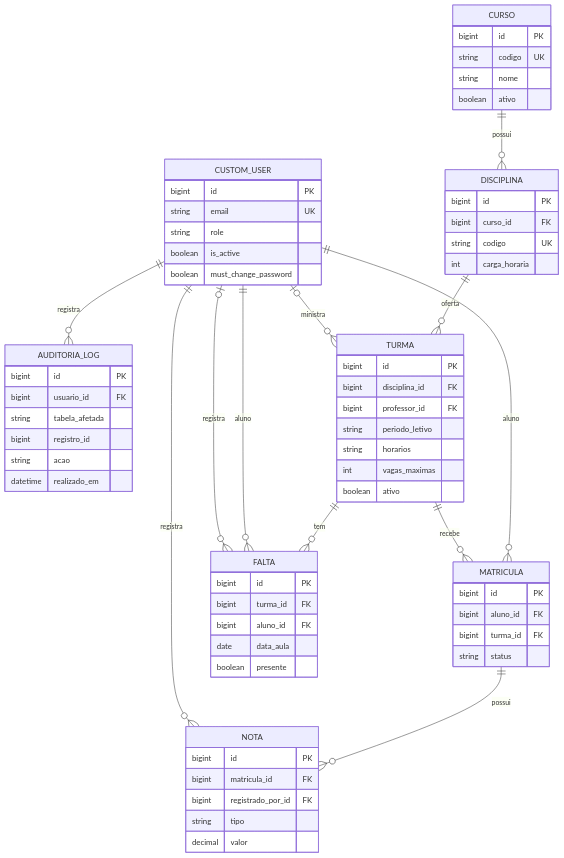
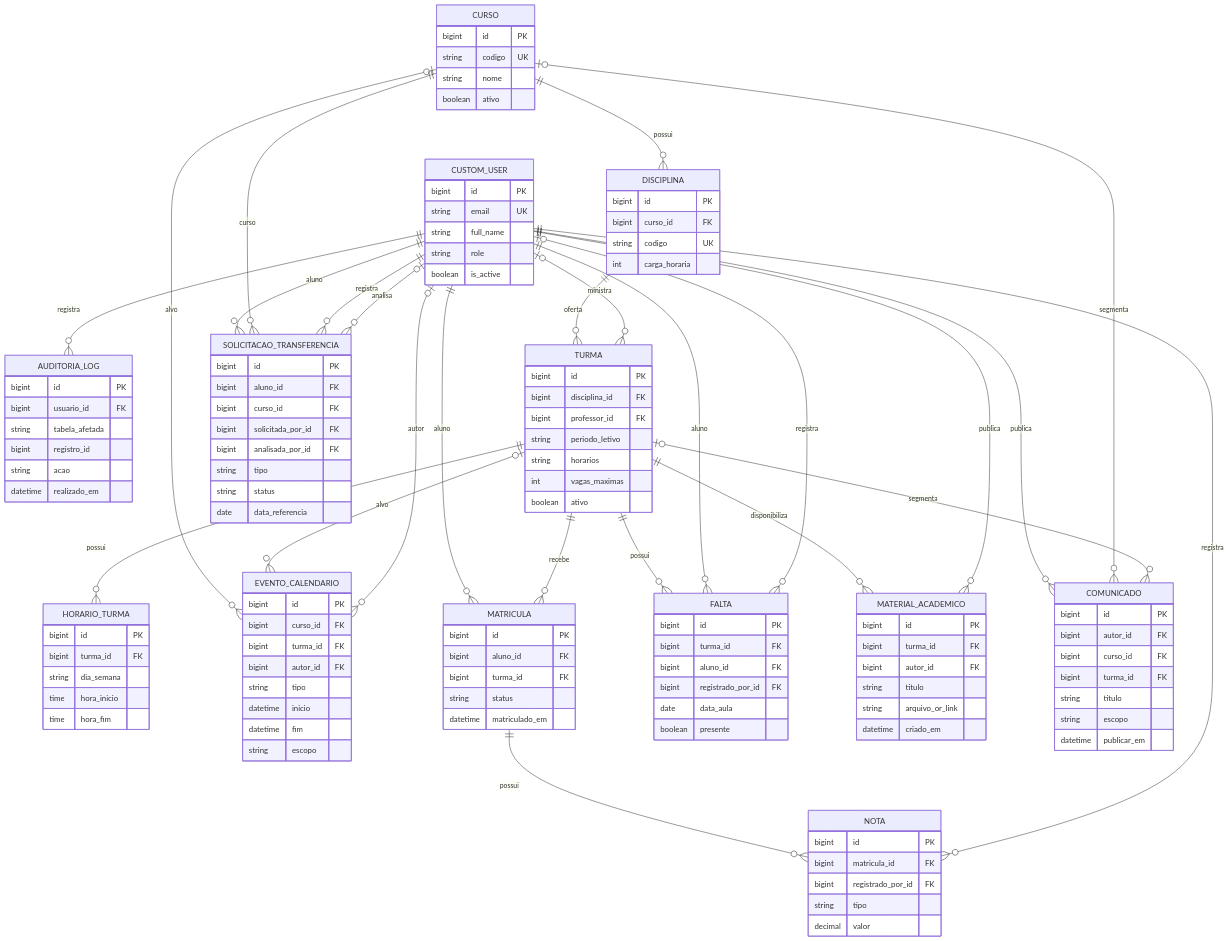
One commit to joao-luizzz/SGA changed the diagram in docs/SGA-04-MODELAGEM-DADOS.md. Above: the diagram before and after it, drawn with Mermaid. The commit also changed other lines of this file, not shown here.

Commit message:
docs: atualiza MER para modelo atual

````diff
--- a/docs/SGA-04-MODELAGEM-DADOS.md
+++ b/docs/SGA-04-MODELAGEM-DADOS.md
@@ -28,71 +33,41 @@
 ```mermaid
 erDiagram
     CUSTOM_USER ||--o{ AUDITORIA_LOG : registra
     CURSO ||--o{ DISCIPLINA : possui
     DISCIPLINA ||--o{ TURMA : oferta
     CUSTOM_USER o|--o{ TURMA : ministra
+    TURMA ||--o{ HORARIO_TURMA : possui
+    CURSO o|--o{ EVENTO_CALENDARIO : alvo
+    TURMA o|--o{ EVENTO_CALENDARIO : alvo
+    CUSTOM_USER o|--o{ EVENTO_CALENDARIO : autor
     CUSTOM_USER ||--o{ MATRICULA : aluno
     TURMA ||--o{ MATRICULA : recebe
-    TURMA ||--o{ FALTA : tem
+    TURMA ||--o{ FALTA : possui
     CUSTOM_USER ||--o{ FALTA : aluno
     CUSTOM_USER o|--o{ FALTA : registra
     MATRICULA ||--o{ NOTA : possui
     CUSTOM_USER ||--o{ NOTA : registra
+    TURMA ||--o{ MATERIAL_ACADEMICO : disponibiliza
+    CUSTOM_USER ||--o{ MATERIAL_ACADEMICO : publica
+    CUSTOM_USER ||--o{ COMUNICADO : publica
+    CURSO o|--o{ COMUNICADO : segmenta
+    TURMA o|--o{ COMUNICADO : segmenta
+    CUSTOM_USER ||--o{ SOLICITACAO_TRANSFERENCIA : aluno
+    CURSO ||--o{ SOLICITACAO_TRANSFERENCIA : curso
+    CUSTOM_USER ||--o{ SOLICITACAO_TRANSFERENCIA : registra
+    CUSTOM_USER o|--o{ SOLICITACAO_TRANSFERENCIA : analisa
 
-    CUSTOM_USER {
-        bigint id PK
-        string email UK
-        string role
-        boolean is_active
-        boolean must_change_password
-    }
-    AUDITORIA_LOG {
-        bigint id PK
-        bigint usuario_id FK
-        string tabela_afetada
-        bigint registro_id
-        string acao
-        datetime realizado_em
-    }
-    CURSO {
-        bigint id PK
-        string codigo UK
-        string nome
-        boolean ativo
-    }
-    DISCIPLINA {
-        bigint id PK
-        bigint curso_id FK
-        string codigo UK
-        int carga_horaria
-    }
-    TURMA {
-        bigint id PK
-        bigint disciplina_id FK
-        bigint professor_id FK
-        string periodo_letivo
-        string horarios
-        int vagas_maximas
-        boolean ativo
-    }
-    MATRICULA {
-        bigint id PK
-        bigint aluno_id FK
-        bigint turma_id FK
-        string status
-    }
-    FALTA {
-        bigint id PK
-        bigint turma_id FK
-        bigint aluno_id FK
-        date data_aula
-        boolean presente
-    }
-    NOTA {
-        bigint id PK
-        bigint matricula_id FK
-        bigint registrado_por_id FK
-        string tipo
-        decimal valor
-    }
+    CUSTOM_USER { bigint id PK string email UK string full_name string role boolean is_active }
+    AUDITORIA_LOG { bigint id PK bigint usuario_id FK string tabela_afetada bigint registro_id string acao datetime realizado_em }
+    CURSO { bigint id PK string codigo UK string nome boolean ativo }
+    DISCIPLINA { bigint id PK bigint curso_id FK string codigo UK int carga_horaria }
+    TURMA { bigint id PK bigint disciplina_id FK bigint professor_id FK string periodo_letivo string horarios int vagas_maximas boolean ativo }
+    HORARIO_TURMA { bigint id PK bigint turma_id FK string dia_semana time hora_inicio time hora_fim }
+    EVENTO_CALENDARIO { bigint id PK bigint curso_id FK bigint turma_id FK bigint autor_id FK string tipo datetime inicio datetime fim string escopo }
+    MATRICULA { bigint id PK bigint aluno_id FK bigint turma_id FK string status datetime matriculado_em }
+    FALTA { bigint id PK bigint turma_id FK bigint aluno_id FK bigint registrado_por_id FK date data_aula boolean presente }
+    NOTA { bigint id PK bigint matricula_id FK bigint registrado_por_id FK string tipo decimal valor }
+    MATERIAL_ACADEMICO { bigint id PK bigint turma_id FK bigint autor_id FK string titulo string arquivo_or_link datetime criado_em }
+    COMUNICADO { bigint id PK bigint autor_id FK bigint curso_id FK bigint turma_id FK string titulo string escopo datetime publicar_em }
+    SOLICITACAO_TRANSFERENCIA { bigint id PK bigint aluno_id FK bigint curso_id FK bigint solicitada_por_id FK bigint analisada_por_id FK string tipo string status date data_referencia }
 ```
````
